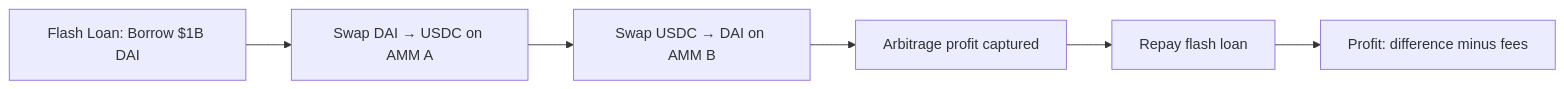
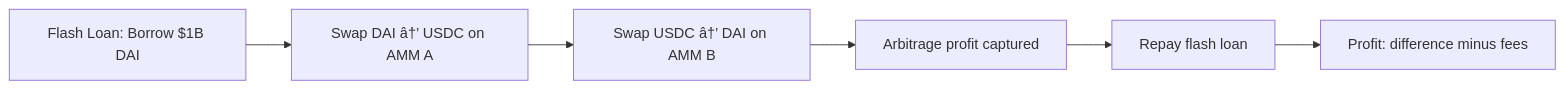
The second of 4 diagrams in docs/courses/cyber-security/19-blockchain-defi-security.md (Raushan666java/ai-engineering-journey), drawn with Mermaid before and after one commit. The commit also changed other lines of this file and 735 other files, not shown here.

````diff
--- a/docs/courses/cyber-security/19-blockchain-defi-security.md
+++ b/docs/courses/cyber-security/19-blockchain-defi-security.md
@@ -331,8 +331,8 @@
 ```mermaid
 flowchart LR
-    A[Flash Loan: Borrow $1B DAI] --> B[Swap DAI → USDC on AMM A]
-    B --> C[Swap USDC → DAI on AMM B]
+    A[Flash Loan: Borrow $1B DAI] --> B[Swap DAI â†’ USDC on AMM A]
+    B --> C[Swap USDC â†’ DAI on AMM B]
     C --> D[Arbitrage profit captured]
     D --> E[Repay flash loan]
     E --> F[Profit: difference minus fees]
 ```
````
